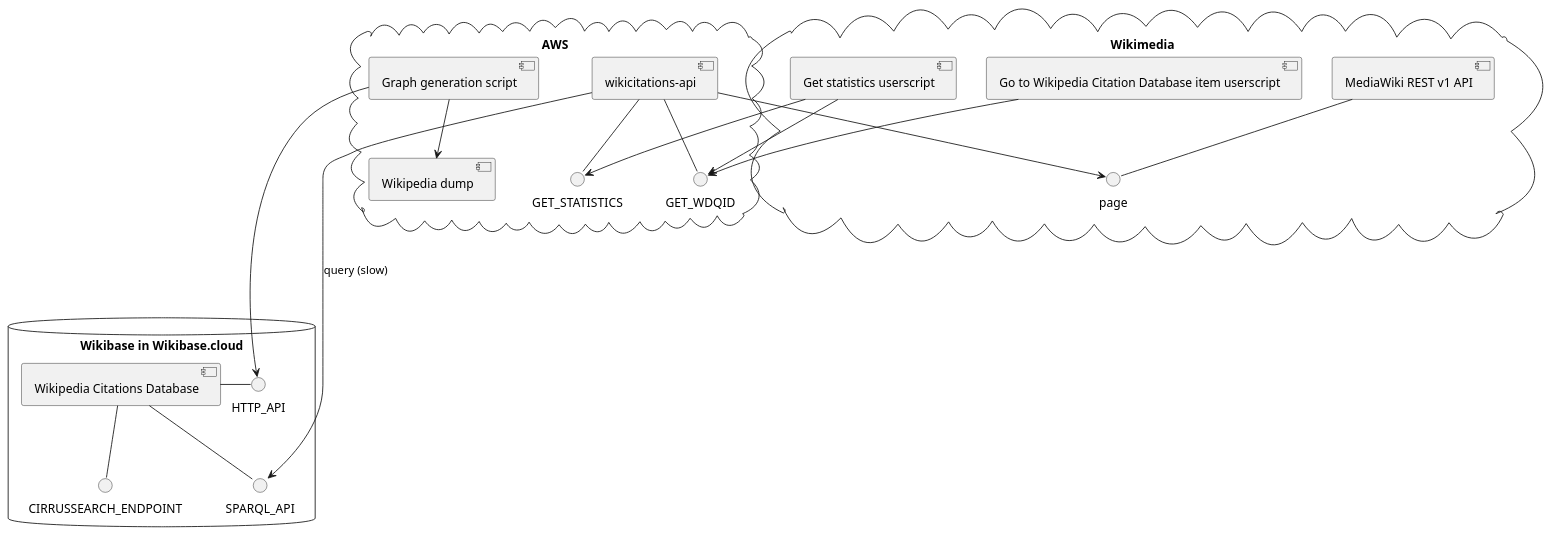
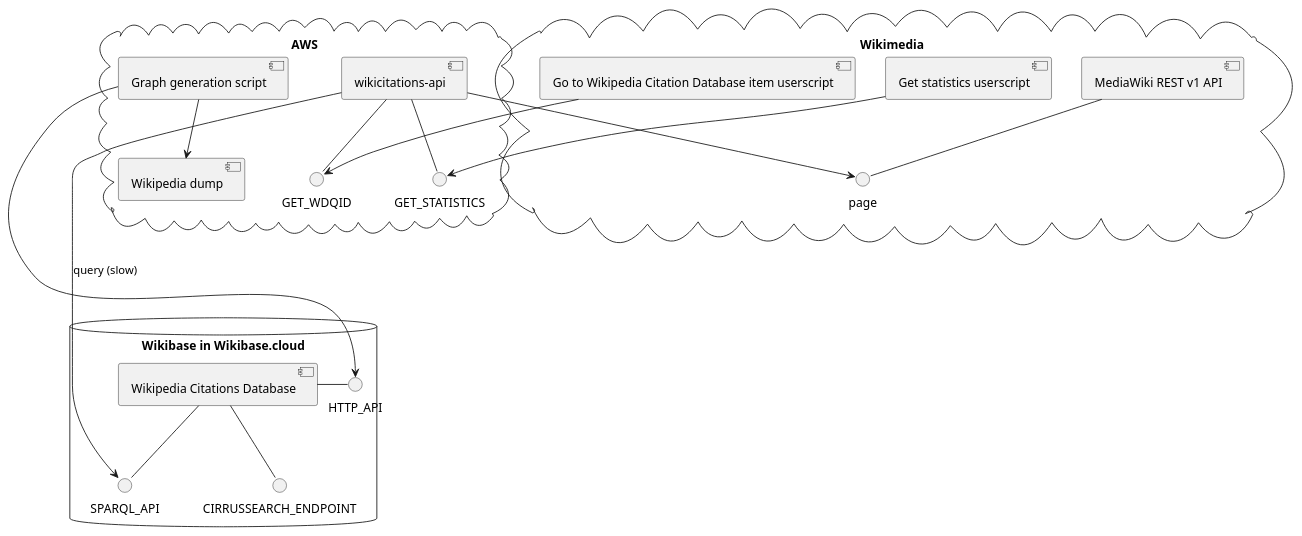
Before and after one commit to internetarchive/iari: the diagram in diagrams/components.puml, drawn with PlantUML. The commit also changed 1 other file, not shown here.

```diff
--- a/diagrams/components.puml
+++ b/diagrams/components.puml
@@ -1,30 +1,29 @@
 @startuml
 'https://plantuml.com/component-diagram
 
 cloud AWS {
     [Wikipedia dump] as WD
     [Graph generation script] as GGS
     GGS --> WD
     [wikicitations-api] as WA
     WA -- GET_WDQID
     WA -- GET_STATISTICS
 }
 
 cloud "Wikimedia"{
   WA --> page
   [Get statistics userscript] as US
   US --> GET_STATISTICS
-  US --> GET_WDQID
   [Go to Wikipedia Citation Database item userscript] --> GET_WDQID
   [MediaWiki REST v1 API] -- page
 }
 
 database "Wikibase in Wikibase.cloud" {
     GGS --> HTTP_API
     [Wikipedia Citations Database] as WC
     WC -- CIRRUSSEARCH_ENDPOINT
     WC - HTTP_API
     WC -- SPARQL_API
     WA -----> SPARQL_API : query (slow)
 }
 @enduml
```
